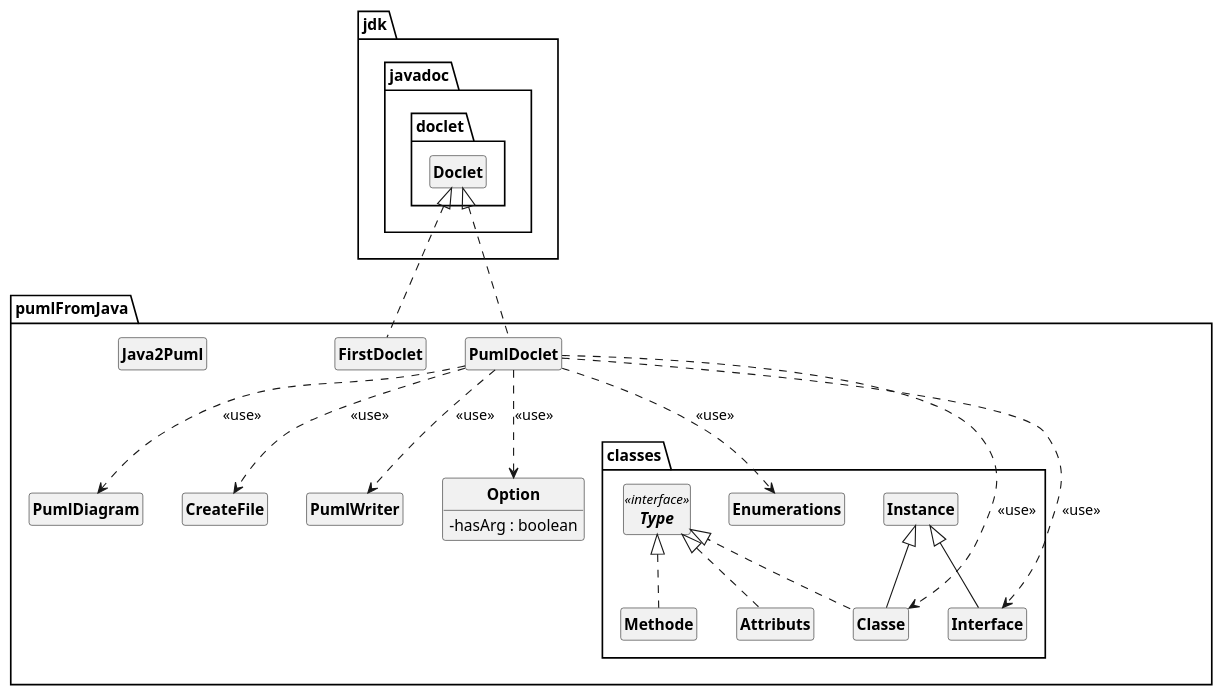
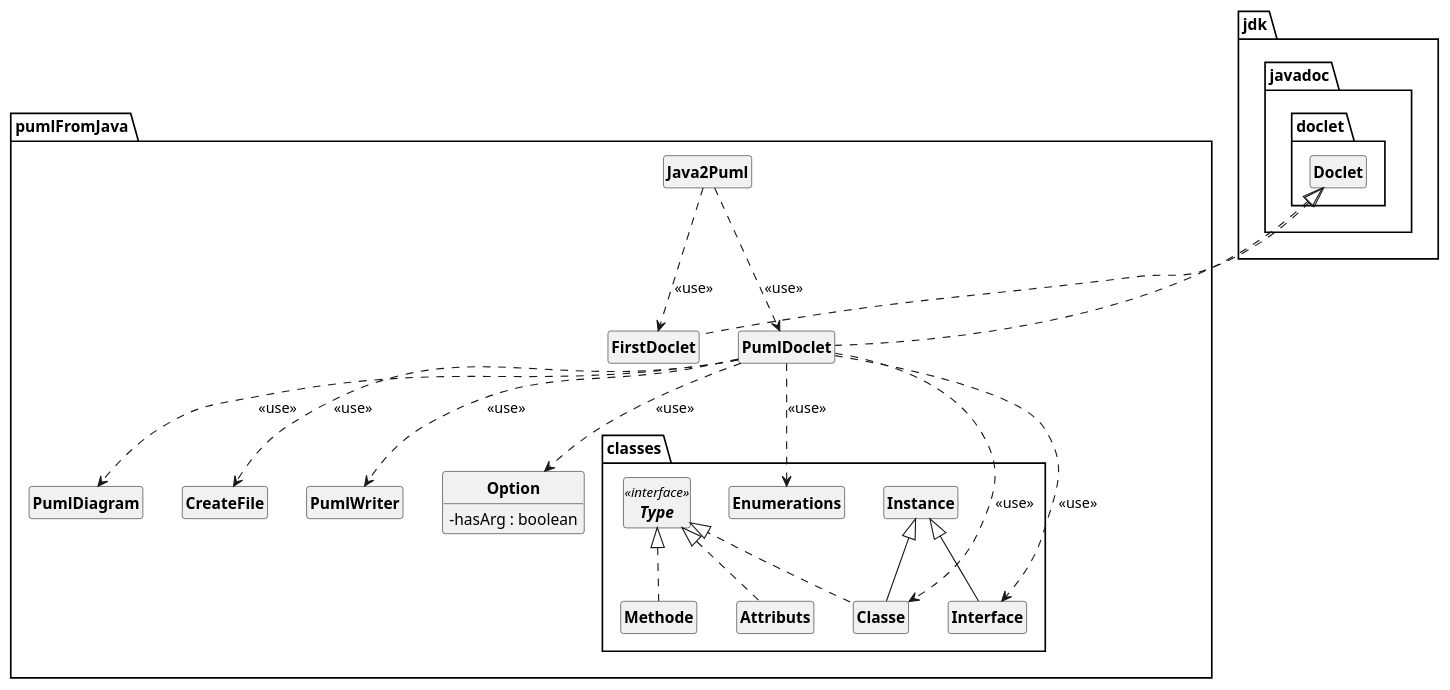
One commit to MrArnaudMichel/API-PlantUML-Parser changed the diagram in uml/Semaine2/DCA_API_DiagramPuml.puml. Above: the diagram before and after it, drawn with PlantUML. The commit also changed 1 other file, not shown here.

Commit message:
Semaine 2 terminé - Rajout de l'option --help et --DCA. - Génération du DCA demandé. - Création d'un début de DCC (enlever --DCA de la commande) - Division du code en beaucoup de classe. - DCC API - Modif génération puml et création classe. ajout de

```diff
--- a/uml/Semaine2/DCA_API_DiagramPuml.puml
+++ b/uml/Semaine2/DCA_API_DiagramPuml.puml
@@ -1,68 +1,71 @@
 @startuml
 'https://plantuml.com/class-diagram
 skinparam classAttributeIconSize 0
 skinparam classFontStyle Bold
 skinparam style strictuml
 hide empty members
 
 class pumlFromJava.PumlDiagram {
 }
 class pumlFromJava.CreateFile {
 }
 class pumlFromJava.PumlWriter {
 }
 class pumlFromJava.FirstDoclet {
 }
 class pumlFromJava.PumlDoclet {
 }
 class pumlFromJava.Java2Puml {
 }
 class pumlFromJava.classes.Instance {
 }
 class pumlFromJava.classes.Enumerations {
 }
 class pumlFromJava.classes.Interface {
 }
 class pumlFromJava.classes.Methode {
 }
 class pumlFromJava.classes.Attributs {
 }
 class pumlFromJava.classes.Classe {
 }
 class pumlFromJava.PumlDiagram {
 }
 class pumlFromJava.CreateFile {
 }
 class pumlFromJava.PumlWriter {
 }
 class pumlFromJava.FirstDoclet {
 }
 class pumlFromJava.PumlDoclet {
 }
 class pumlFromJava.Java2Puml {
 }
 class pumlFromJava.Option {
 - hasArg : boolean
 }
 interface pumlFromJava.classes.Type<<interface>> {
 }
 
 pumlFromJava.classes.Instance <|-- pumlFromJava.classes.Interface
 jdk.javadoc.doclet.Doclet <|.. pumlFromJava.FirstDoclet
 jdk.javadoc.doclet.Doclet <|.. pumlFromJava.PumlDoclet
 pumlFromJava.PumlDoclet +.. pumlFromJava.PumlDoclet.Option
 pumlFromJava.Option <|.. pumlFromJava.PumlDoclet.Option
 pumlFromJava.classes.Type <|.. pumlFromJava.classes.Methode
 pumlFromJava.classes.Type <|.. pumlFromJava.classes.Classe
 pumlFromJava.classes.Instance <|-- pumlFromJava.classes.Classe
 pumlFromJava.classes.Type <|.. pumlFromJava.classes.Attributs
 
 pumlFromJava.PumlDoclet ..> pumlFromJava.Option : <<use>>
 pumlFromJava.PumlDoclet ..> pumlFromJava.PumlDiagram : <<use>>
 pumlFromJava.PumlDoclet ..> pumlFromJava.CreateFile : <<use>>
 pumlFromJava.PumlDoclet ..> pumlFromJava.PumlWriter : <<use>>
 pumlFromJava.PumlDoclet ..> pumlFromJava.classes.Classe : <<use>>
 pumlFromJava.PumlDoclet ..> pumlFromJava.classes.Interface : <<use>>
 pumlFromJava.PumlDoclet ..> pumlFromJava.classes.Enumerations : <<use>>
 
+pumlFromJava.Java2Puml ..> pumlFromJava.PumlDoclet : <<use>>
+pumlFromJava.Java2Puml ..> pumlFromJava.FirstDoclet : <<use>>
+
 @enduml
```
